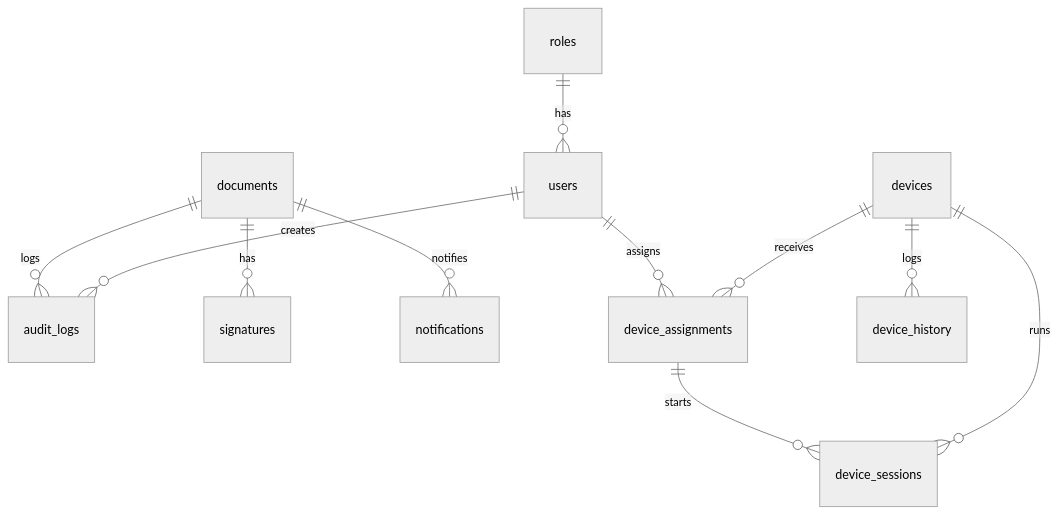
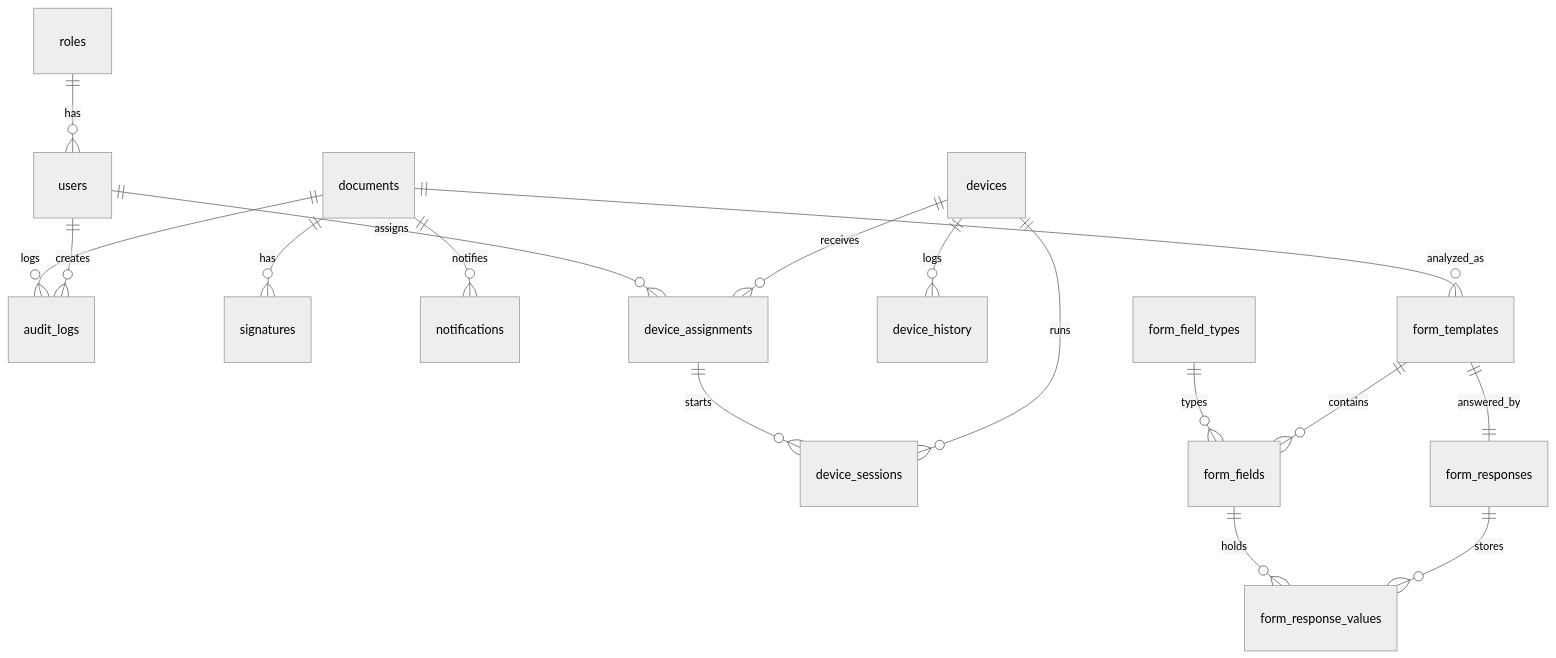
One commit to dareinelt/PatSign changed the diagram in docs/datenbankschema.md. Above: the diagram before and after it, drawn with Mermaid (neutral theme). The commit also changed other lines of this file and 39 other files, not shown here.

````diff
--- a/docs/datenbankschema.md
+++ b/docs/datenbankschema.md
@@ -7,13 +16,19 @@
 ```mermaid
 erDiagram
   roles ||--o{ users : has
   users ||--o{ audit_logs : creates
   documents ||--o{ signatures : has
   documents ||--o{ audit_logs : logs
   documents ||--o{ notifications : notifies
   devices ||--o{ device_assignments : receives
   devices ||--o{ device_sessions : runs
   devices ||--o{ device_history : logs
   device_assignments ||--o{ device_sessions : starts
   users ||--o{ device_assignments : assigns
+  documents ||--o{ form_templates : analyzed_as
+  form_templates ||--o{ form_fields : contains
+  form_field_types ||--o{ form_fields : types
+  form_templates ||--|| form_responses : answered_by
+  form_responses ||--o{ form_response_values : stores
+  form_fields ||--o{ form_response_values : holds
 ```
````
